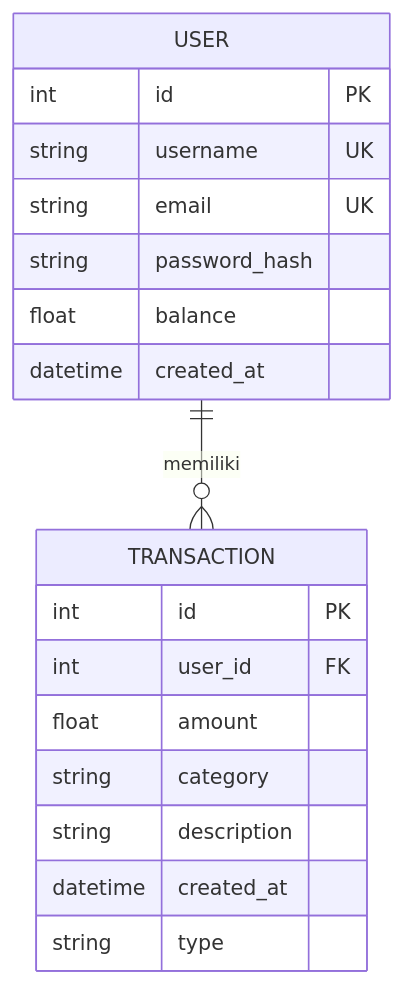
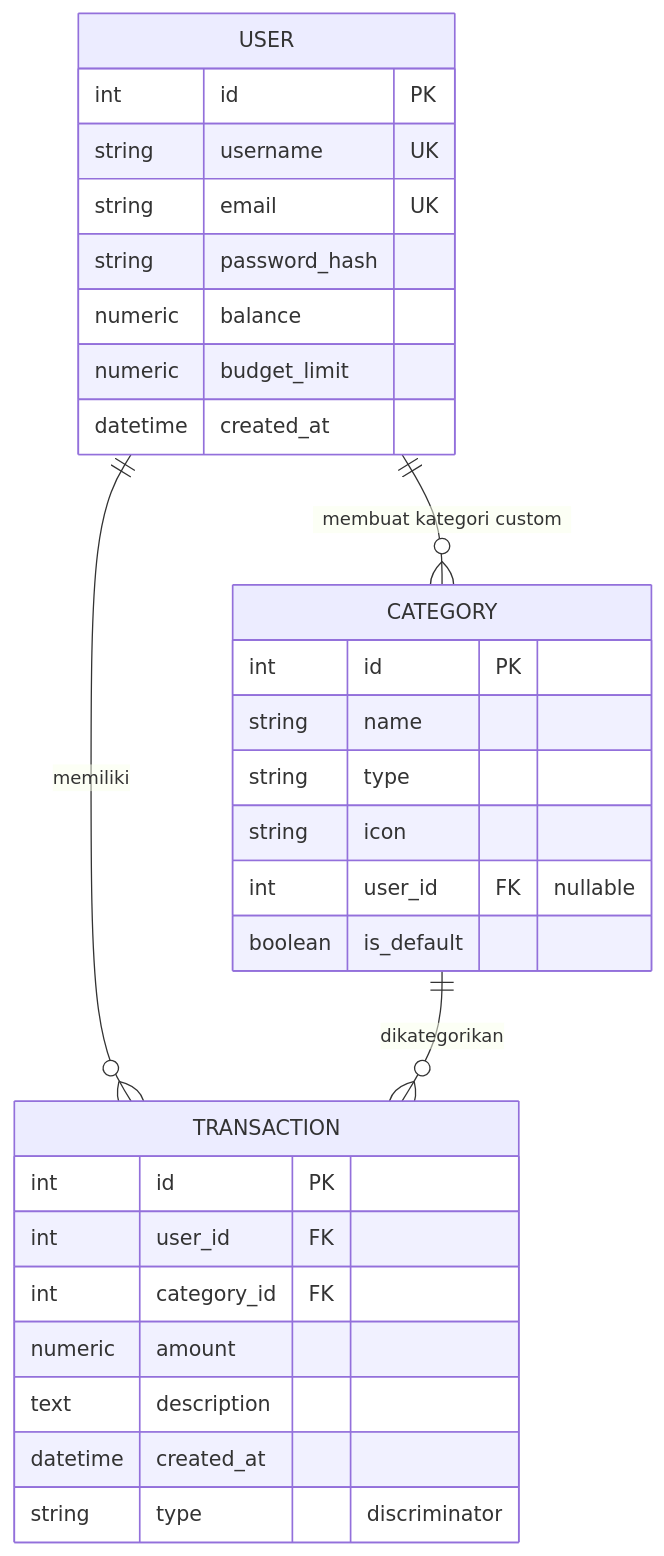
The first of 2 diagrams in erd.md (suzuy1/personal-finance-tracker), drawn with Mermaid before and after one commit. The commit also changed other lines of this file and 3 other files, not shown here.

````diff
--- a/erd.md
+++ b/erd.md
@@ -38,23 +75,35 @@
 ```mermaid
 erDiagram
     USER {
         int id PK
         string username UK
         string email UK
         string password_hash
-        float balance
+        numeric balance
+        numeric budget_limit
         datetime created_at
+    }
+
+    CATEGORY {
+        int id PK
+        string name
+        string type
+        string icon
+        int user_id FK "nullable"
+        boolean is_default
     }
 
     TRANSACTION {
         int id PK
         int user_id FK
-        float amount
-        string category
-        string description
+        int category_id FK
+        numeric amount
+        text description
         datetime created_at
-        string type
+        string type "discriminator"
     }
 
+    USER ||--o{ CATEGORY : "membuat kategori custom"
     USER ||--o{ TRANSACTION : "memiliki"
+    CATEGORY ||--o{ TRANSACTION : "dikategorikan"
 ```
````
